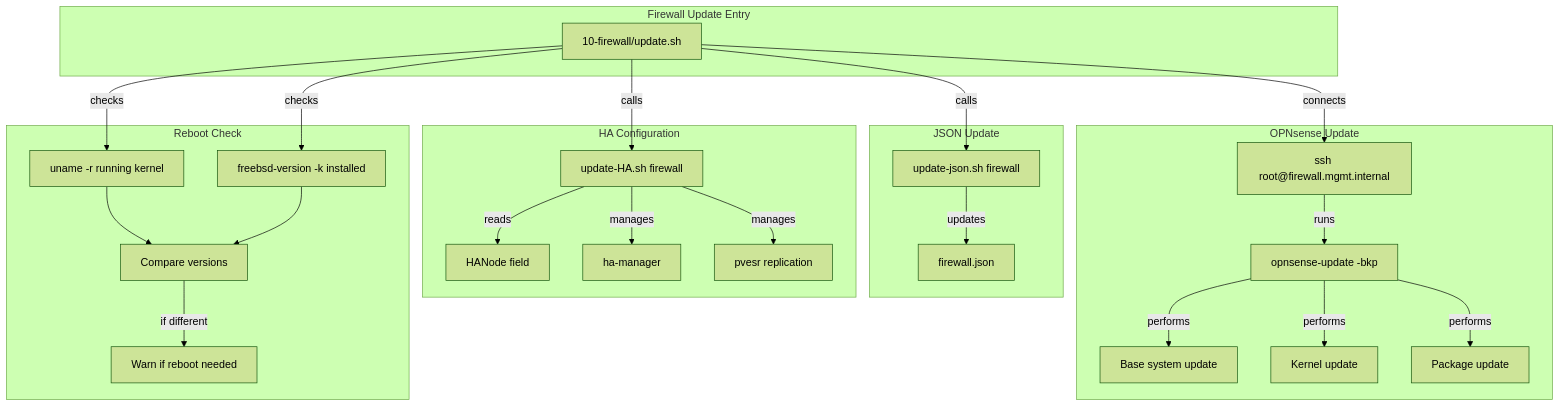
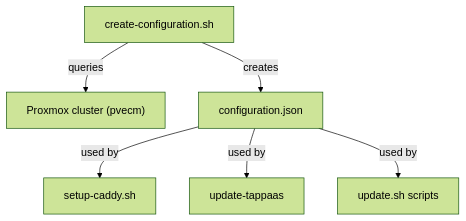
The eighth of 8 diagrams in src/foundation/DEPENDENCIES.md (TAPPaaS/TAPPaaS), drawn with Mermaid (forest theme) before and after one commit. The commit also changed other lines of this file and 50 other files, not shown here.

````diff
--- a/src/foundation/DEPENDENCIES.md
+++ b/src/foundation/DEPENDENCIES.md
@@ -449,53 +216,9 @@
 ```mermaid
 graph TD
-    subgraph "Firewall Update Entry"
-        A[10-firewall/update.sh]
-    end
+    A[create-configuration.sh] -->|queries| B["Proxmox cluster (pvecm)"]
+    A -->|creates| C[configuration.json]
 
-    subgraph "JSON Update"
-        B[update-json.sh firewall]
-        C[firewall.json]
-    end
-
-    subgraph "HA Configuration"
-        D[update-HA.sh firewall]
-        E[HANode field]
-        F[ha-manager]
-        G[pvesr replication]
-    end
-
-    subgraph "OPNsense Update"
-        H["ssh root#64;firewall.mgmt.internal"]
-        I[opnsense-update -bkp]
-        J[Base system update]
-        K[Kernel update]
-        L[Package update]
-    end
-
-    subgraph "Reboot Check"
-        M[uname -r running kernel]
-        N[freebsd-version -k installed]
-        O[Compare versions]
-        P[Warn if reboot needed]
-    end
-
-    A -->|calls| B
-    B -->|updates| C
-
-    A -->|calls| D
-    D -->|reads| E
-    D -->|manages| F
-    D -->|manages| G
-
-    A -->|connects| H
-    H -->|runs| I
-    I -->|performs| J
-    I -->|performs| K
-    I -->|performs| L
-
-    A -->|checks| M
-    A -->|checks| N
-    M --> O
-    N --> O
-    O -->|if different| P
+    C -->|used by| D[setup-caddy.sh]
+    C -->|used by| E[update-tappaas]
+    C -->|used by| F[update.sh scripts]
 ```
````
